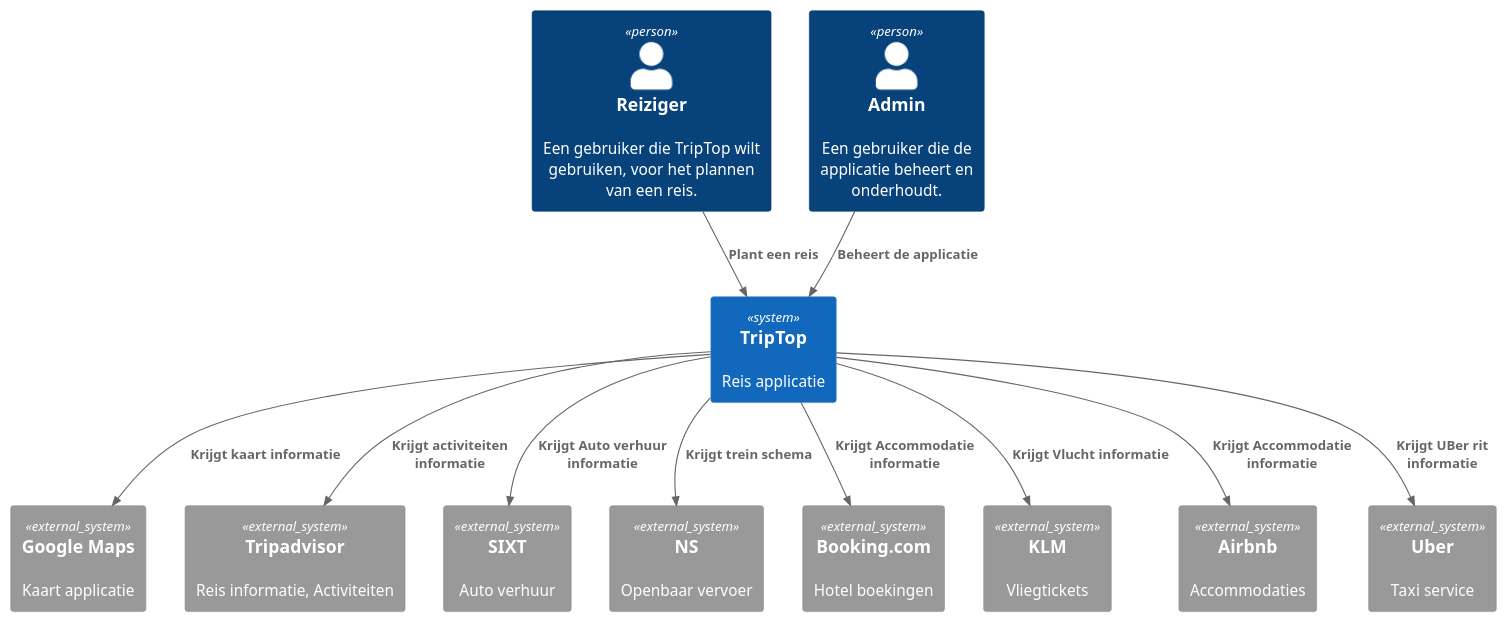
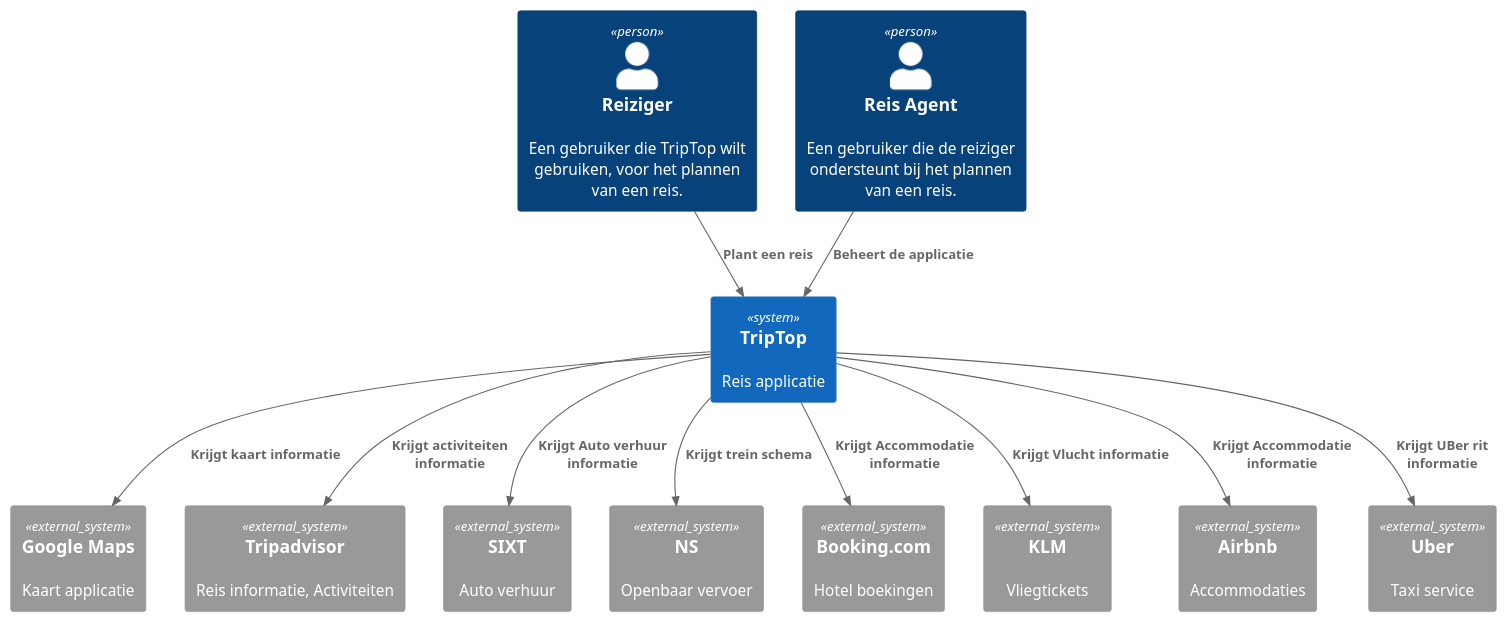
The diagram in Mijn bijdrage/Context (C4).puml (AIM-ENE-feb25/triptop-livingin-s-pain-nouri-siebe-boris), drawn with PlantUML before and after one commit. The commit also changed 1 other file, not shown here.

```diff
--- a/Mijn bijdrage/Context (C4).puml
+++ b/Mijn bijdrage/Context (C4).puml
@@ -1,31 +1,31 @@
 @startuml C4_Elements
 !include https://raw.githubusercontent.com/plantuml-stdlib/C4-PlantUML/master/C4_Container.puml
 
 Person(personAlias, "Reiziger", "Een gebruiker die TripTop wilt gebruiken, voor het plannen van een reis.")
-Person(admin,"Admin", "Een gebruiker die de applicatie beheert en onderhoudt.")
+Person(reisagent,"Reis Agent", "Een gebruiker die de reiziger ondersteunt bij het plannen van een reis.")
 System(systemAlias, "TripTop", "Reis applicatie")
 System_Ext(systemExtAlias, "Google Maps", "Kaart applicatie")
 
 System_Ext(2, "Tripadvisor", "Reis informatie, Activiteiten")
 System_Ext(3, "SIXT", "Auto verhuur")
 System_Ext(4, "NS", "Openbaar vervoer")
 System_Ext(5, "Booking.com", "Hotel boekingen")
 System_Ext(6, "KLM", "Vliegtickets")
 System_Ext(7, "Airbnb", "Accommodaties")
 System_Ext(8, "Uber", "Taxi service")
 
 Rel(personAlias, systemAlias, "Plant een reis")
-Rel(admin, systemAlias, "Beheert de applicatie")
+Rel(reisagent, systemAlias, "Beheert de applicatie")
 
 
 
 Rel(systemAlias, systemExtAlias, "Krijgt kaart informatie")
 Rel(systemAlias, 2, "Krijgt activiteiten informatie")
 Rel(systemAlias, 3, "Krijgt Auto verhuur informatie")
 Rel(systemAlias, 4, "Krijgt trein schema")
 Rel(systemAlias, 5, "Krijgt Accommodatie informatie")
 Rel(systemAlias, 6, "Krijgt Vlucht informatie")
 Rel(systemAlias, 7, "Krijgt Accommodatie informatie")
 Rel(systemAlias, 8, "Krijgt UBer rit informatie")
 
 @enduml
```
